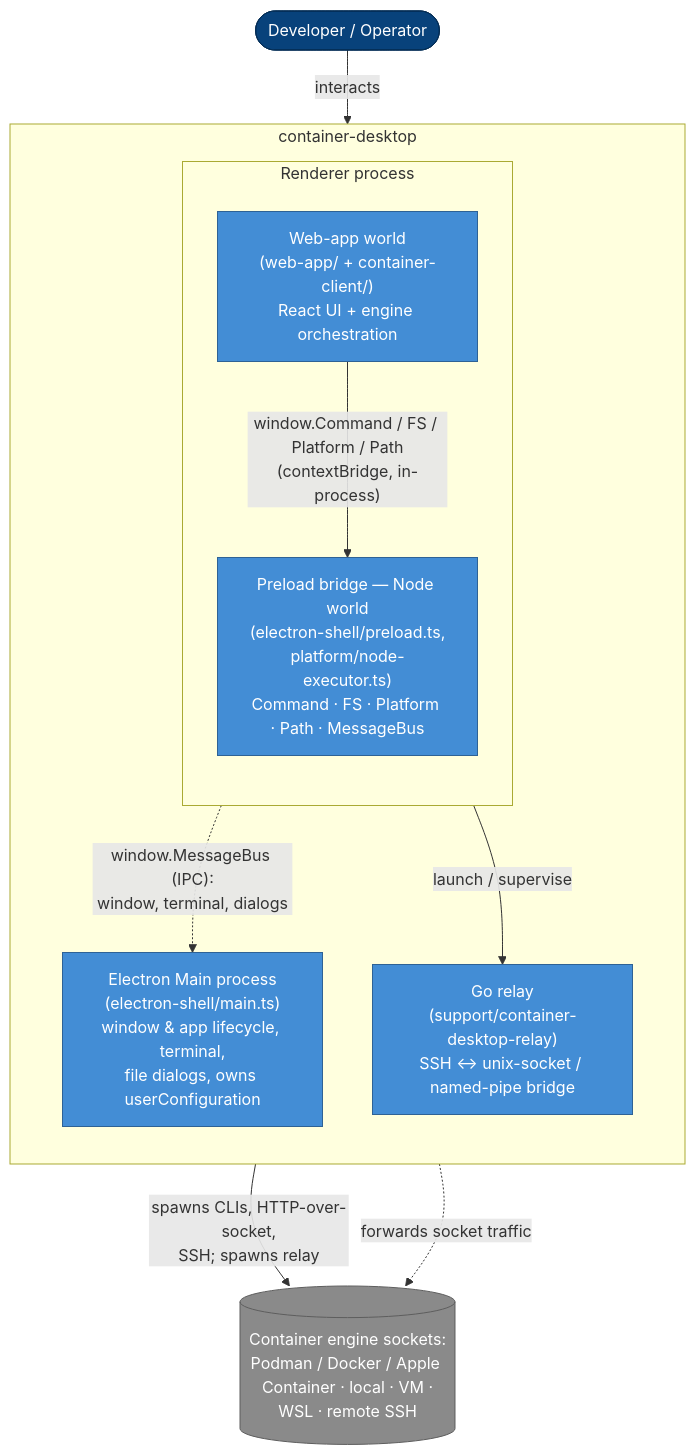
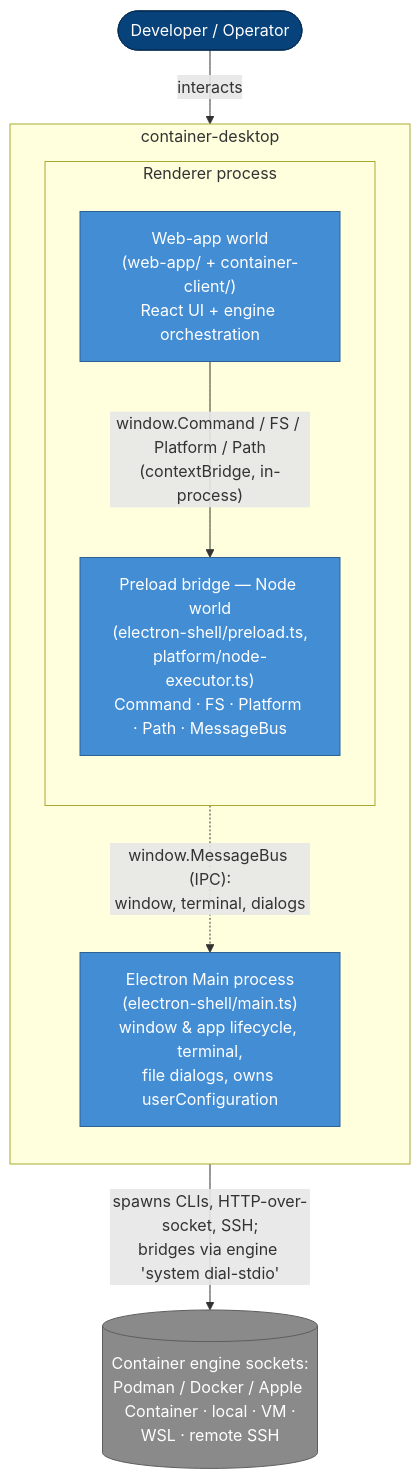
The second of 2 diagrams in docs/architecture/overview.md (iongion/container-desktop), drawn with Mermaid before and after one commit. The commit also changed other lines of this file and 11 other files, not shown here.

````diff
--- a/docs/architecture/overview.md
+++ b/docs/architecture/overview.md
@@ -56,31 +56,27 @@
 ```mermaid
 flowchart TB
   dev([Developer / Operator]):::person
 
   subgraph app[container-desktop]
     direction TB
 
     main["Electron Main process<br/>(electron-shell/main.ts)<br/>window &amp; app lifecycle, terminal,<br/>file dialogs, owns userConfiguration"]:::container
 
     subgraph rp[Renderer process]
       direction TB
       web["Web-app world<br/>(web-app/ + container-client/)<br/>React UI + engine orchestration"]:::container
       preload["Preload bridge — Node world<br/>(electron-shell/preload.ts,<br/>platform/node-executor.ts)<br/>Command · FS · Platform · Path · MessageBus"]:::container
     end
-
-    relay["Go relay<br/>(support/container-desktop-relay)<br/>SSH ↔ unix-socket / named-pipe bridge"]:::container
   end
 
   engines[(Container engine sockets:<br/>Podman / Docker / Apple Container · local · VM ·<br/>WSL · remote SSH)]:::external
 
   dev -->|interacts| web
   web -->|"window.Command / FS / Platform / Path<br/>(contextBridge, in-process)"| preload
   web -.->|"window.MessageBus (IPC):<br/>window, terminal, dialogs"| main
-  preload -->|spawns CLIs, HTTP-over-socket,<br/>SSH; spawns relay| engines
-  preload -->|launch / supervise| relay
-  relay -.->|forwards socket traffic| engines
+  preload -->|"spawns CLIs, HTTP-over-socket, SSH;<br/>bridges via engine 'system dial-stdio'"| engines
 
   classDef person fill:#08427b,color:#fff,stroke:#052e56;
   classDef container fill:#438dd5,color:#fff,stroke:#2e6295;
   classDef external fill:#8a8a8a,color:#fff,stroke:#5e5e5e;
 ```
````
